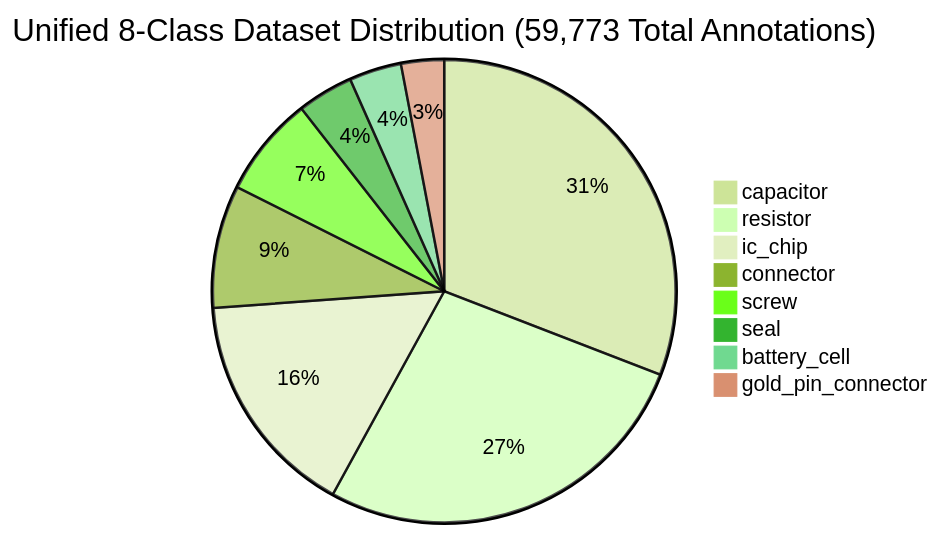
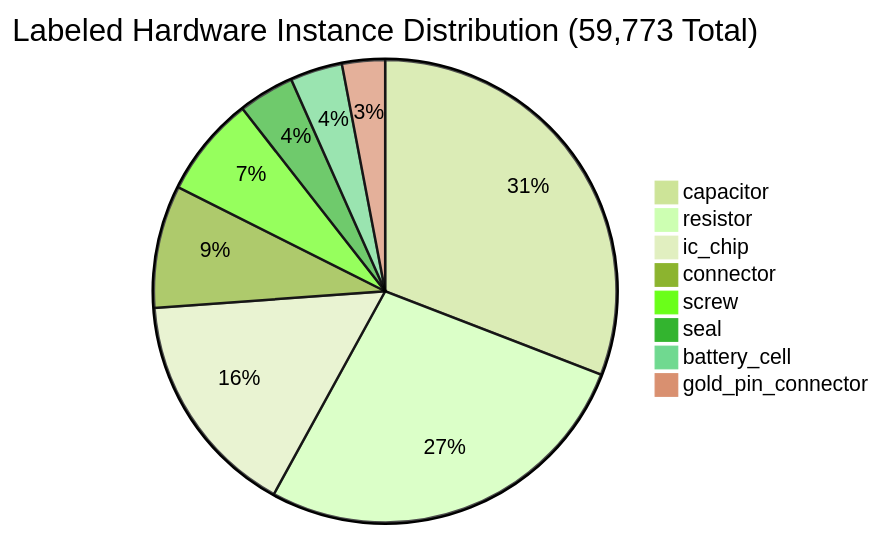
One commit to Disha-1610/VisionForge changed the second of 2 diagrams in docs/YOLO_MODEL.md. Above: the diagram before and after it, drawn with Mermaid (forest theme). The commit also changed other lines of this file and 13 other files, not shown here.

````diff
--- a/docs/YOLO_MODEL.md
+++ b/docs/YOLO_MODEL.md
@@ -50,11 +93,11 @@
 ```mermaid
-pie title Unified 8-Class Dataset Distribution (59,773 Total Annotations)
+pie title Labeled Hardware Instance Distribution (59,773 Total)
     "capacitor" : 18450
     "resistor" : 16210
     "ic_chip" : 9480
     "connector" : 5120
     "screw" : 4200
     "seal" : 2340
     "battery_cell" : 2180
     "gold_pin_connector" : 1793
 ```
````
